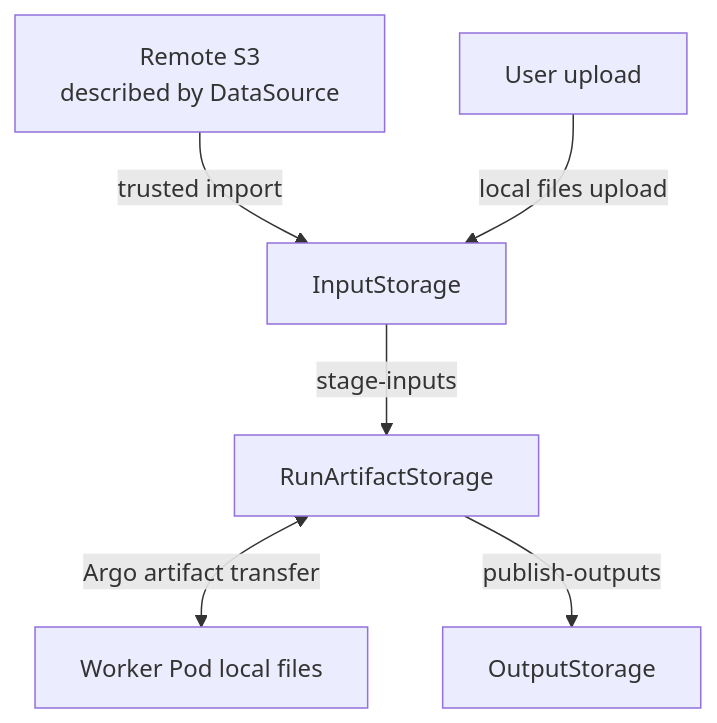
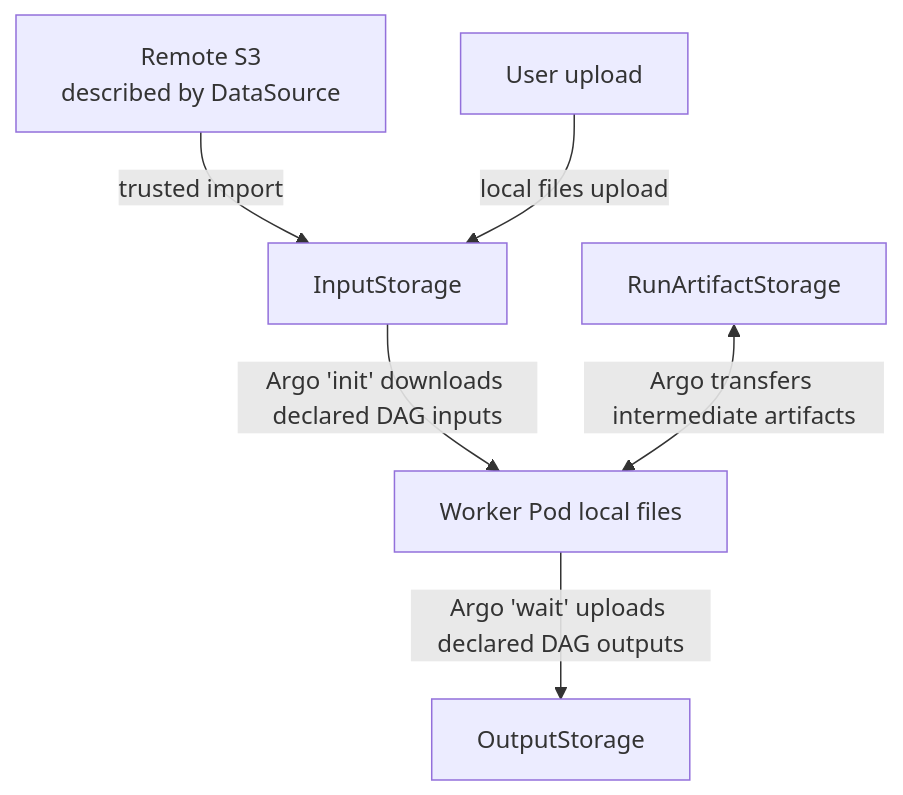
The first of 7 diagrams in mdds-docs/ARCHITECTURE.md (oleksiy-sayankin/mdds), drawn with Mermaid before and after one commit. The commit also changed other lines of this file, not shown here.

First line of the commit message:
MDDS-513 Delegate artifact transfers to Argo init and wait containers

````diff
--- a/mdds-docs/ARCHITECTURE.md
+++ b/mdds-docs/ARCHITECTURE.md
@@ -80,8 +80,8 @@
 ```mermaid
 flowchart TD
     REMOTE["Remote S3<br/>described by DataSource"] -->|"trusted import"| INPUT["InputStorage"]
     USER["User upload"] --> |"local files upload"|INPUT
-    INPUT -->|"stage-inputs"| RUN["RunArtifactStorage"]
-    RUN <-->|"Argo artifact transfer"| WORKER["Worker Pod local files"]
-    RUN -->|"publish-outputs"| OUTPUT["OutputStorage"]
+    INPUT -->|"Argo 'init' downloads declared DAG inputs"| WORKER["Worker Pod local files"]
+    RUN["RunArtifactStorage"] <-->|"Argo transfers intermediate artifacts"| WORKER
+    WORKER -->|"Argo 'wait' uploads declared DAG outputs"| OUTPUT["OutputStorage"]
 ```
````
